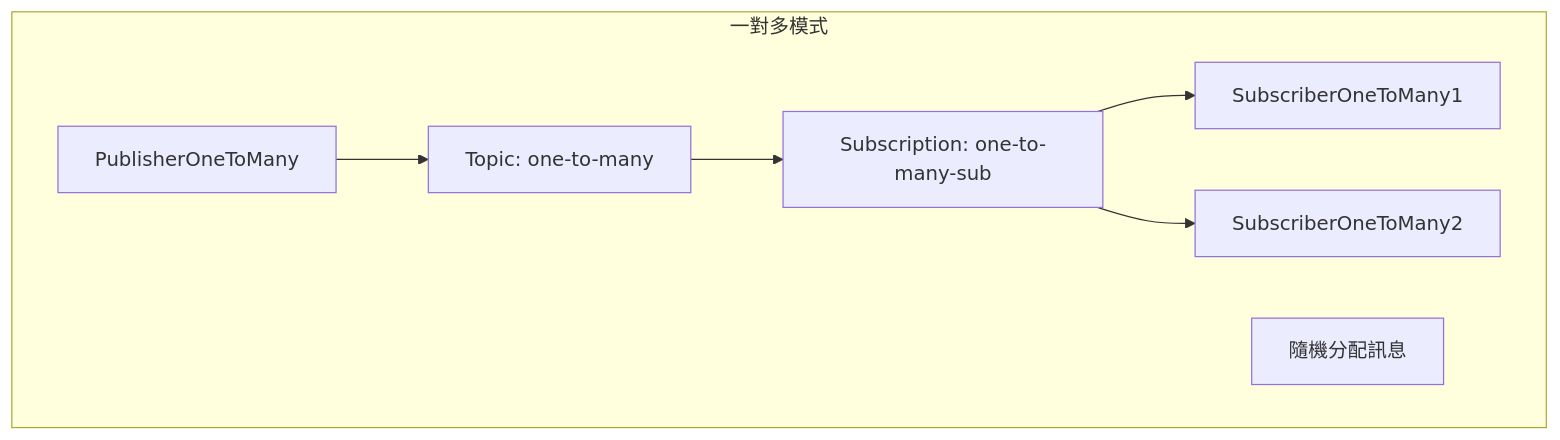
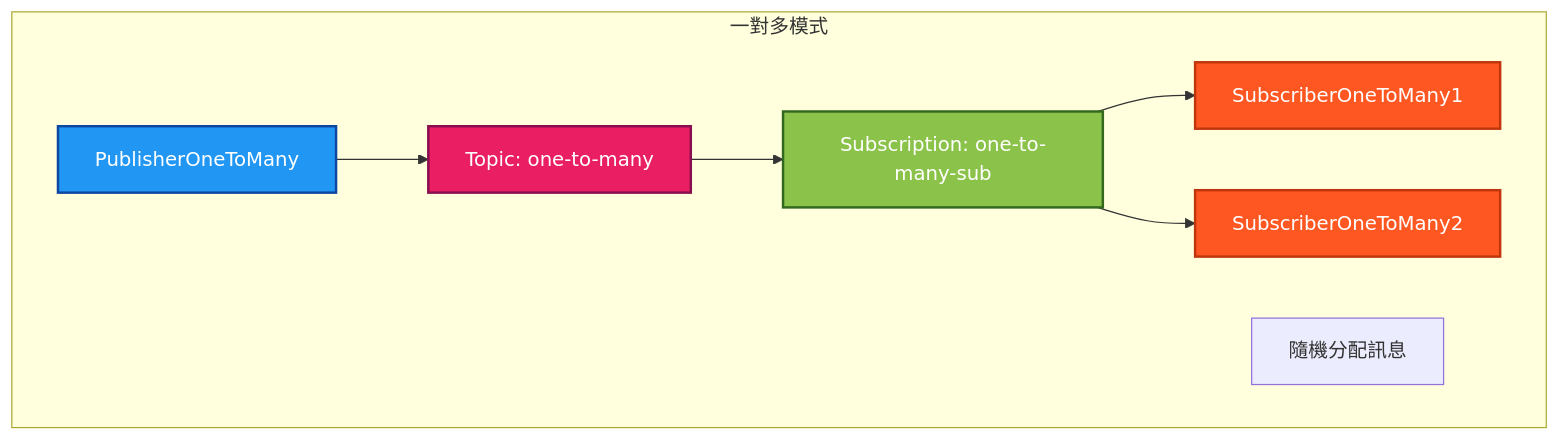
One commit to KubingYayanu/Gcp-emulators.Poc changed the second of 6 diagrams in REAME.md. Above: the diagram before and after it, drawn with Mermaid. The commit also changed other lines of this file, not shown here.

Commit message:
docs: 調整 README 的 mermaid 圖表色碼

````diff
--- a/REAME.md
+++ b/REAME.md
@@ -95,16 +95,16 @@
 ```mermaid
 graph TD
   subgraph "一對多模式"
       P2[PublisherOneToMany] --> T2[Topic: one-to-many]
       T2 --> S2[Subscription: one-to-many-sub]
       S2 --> C2[SubscriberOneToMany1]
       S2 --> C3[SubscriberOneToMany2]
       note2["隨機分配訊息"]
   end
 
-  %% style P2 fill:#e1f5fe
-  %% style T2 fill:#f3e5f5
-  %% style S2 fill:#e8f5e8
-  %% style C2 fill:#fff3e0
-  %% style C3 fill:#fff3e0
+  style P2 fill:#2196f3,stroke:#0d47a1,stroke-width:2px,color:#fff
+  style T2 fill:#e91e63,stroke:#880e4f,stroke-width:2px,color:#fff
+  style S2 fill:#8bc34a,stroke:#33691e,stroke-width:2px,color:#fff
+  style C2 fill:#ff5722,stroke:#bf360c,stroke-width:2px,color:#fff
+  style C3 fill:#ff5722,stroke:#bf360c,stroke-width:2px,color:#fff
 ```
````
